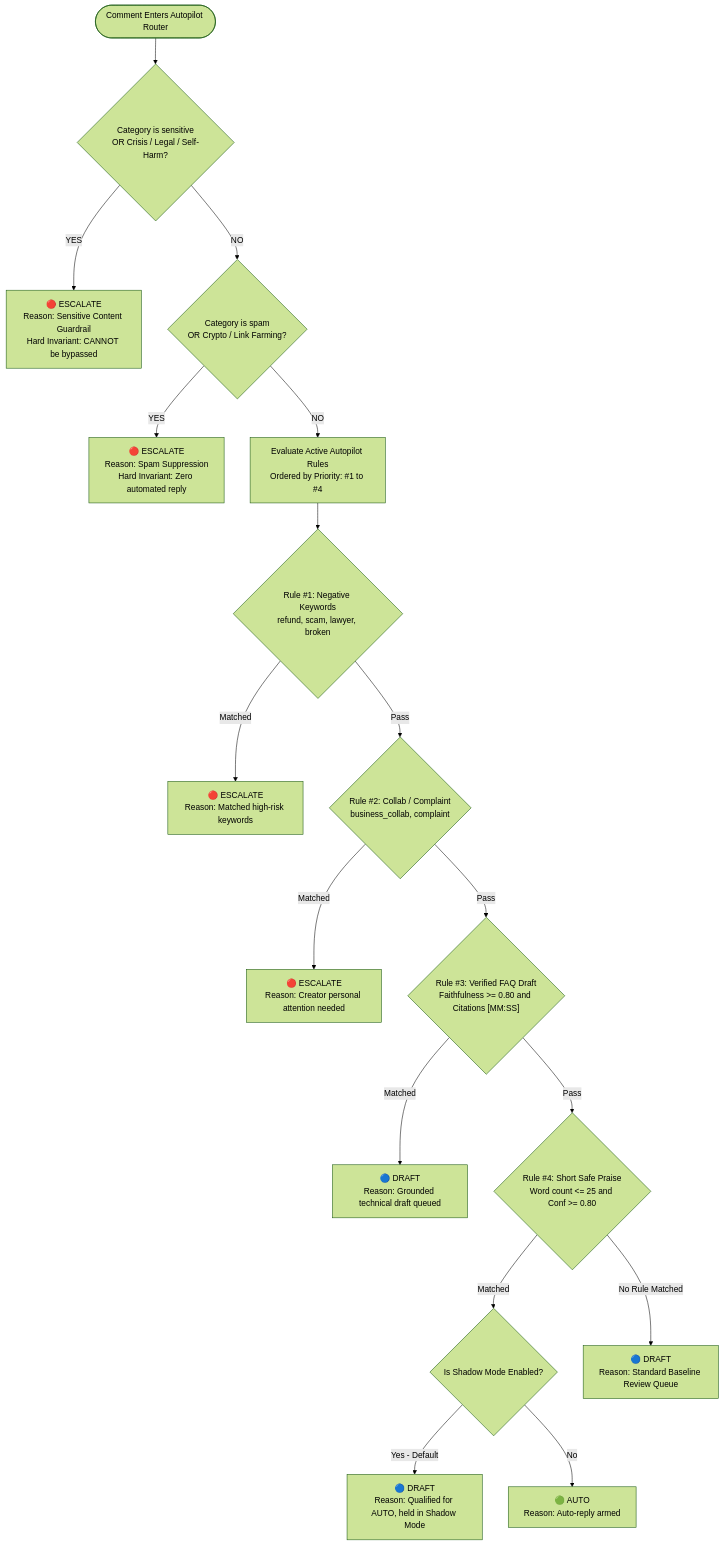
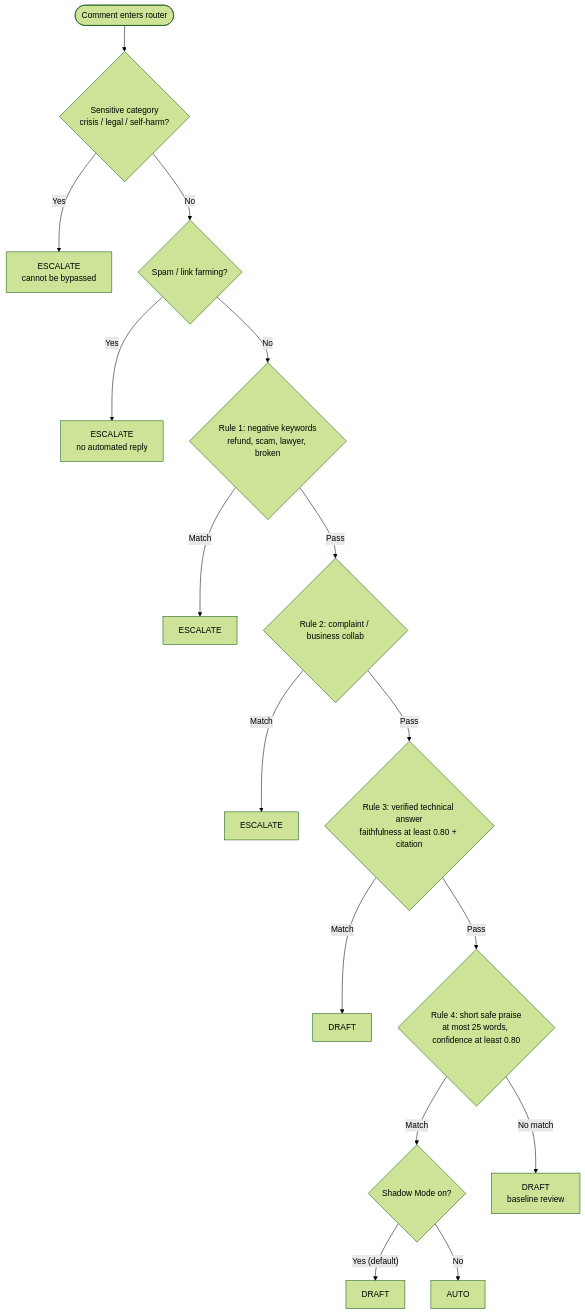
The second of 2 diagrams in README.md (Vixhal17/CommentIQ), drawn with Mermaid (forest theme) before and after one commit. The commit also changed other lines of this file, not shown here.

````diff
--- a/README.md
+++ b/README.md
@@ -99,28 +110,18 @@
 ```mermaid
 flowchart TD
-    START(["Comment Enters Autopilot Router"]) --> SENSITIVE{"Category is sensitive<br/>OR Crisis / Legal / Self-Harm?"}
-    
-    SENSITIVE -->|"YES"| ESC_SENS["🔴 ESCALATE<br/>Reason: Sensitive Content Guardrail<br/>Hard Invariant: CANNOT be bypassed"]
-    
-    SENSITIVE -->|"NO"| SPAM{"Category is spam<br/>OR Crypto / Link Farming?"}
-    
-    SPAM -->|"YES"| ESC_SPAM["🔴 ESCALATE<br/>Reason: Spam Suppression<br/>Hard Invariant: Zero automated reply"]
-    
-    SPAM -->|"NO"| RULES["Evaluate Active Autopilot Rules<br/>Ordered by Priority: #1 to #4"]
-    
-    RULES --> R1{"Rule #1: Negative Keywords<br/>refund, scam, lawyer, broken"}
-    R1 -->|"Matched"| ESC_NEG["🔴 ESCALATE<br/>Reason: Matched high-risk keywords"]
-    
-    R1 -->|"Pass"| R2{"Rule #2: Collab / Complaint<br/>business_collab, complaint"}
-    R2 -->|"Matched"| ESC_COLLAB["🔴 ESCALATE<br/>Reason: Creator personal attention needed"]
-    
-    R2 -->|"Pass"| R3{"Rule #3: Verified FAQ Draft<br/>Faithfulness >= 0.80 and Citations [MM:SS]"}
-    R3 -->|"Matched"| DRAFT_FAQ["🔵 DRAFT<br/>Reason: Grounded technical draft queued"]
-    
-    R3 -->|"Pass"| R4{"Rule #4: Short Safe Praise<br/>Word count &lt;= 25 and Conf >= 0.80"}
-    R4 -->|"Matched"| AUTO_CHECK{"Is Shadow Mode Enabled?"}
-    AUTO_CHECK -->|"Yes - Default"| DRAFT_SHADOW["🔵 DRAFT<br/>Reason: Qualified for AUTO, held in Shadow Mode"]
-    AUTO_CHECK -->|"No"| AUTO_PUB["🟢 AUTO<br/>Reason: Auto-reply armed"]
-    
-    R4 -->|"No Rule Matched"| FALLBACK["🔵 DRAFT<br/>Reason: Standard Baseline Review Queue"]
+    START(["Comment enters router"]) --> SENSITIVE{"Sensitive category<br/>crisis / legal / self-harm?"}
+    SENSITIVE -->|"Yes"| ESC1["ESCALATE<br/>cannot be bypassed"]
+    SENSITIVE -->|"No"| SPAM{"Spam / link farming?"}
+    SPAM -->|"Yes"| ESC2["ESCALATE<br/>no automated reply"]
+    SPAM -->|"No"| R1{"Rule 1: negative keywords<br/>refund, scam, lawyer, broken"}
+    R1 -->|"Match"| ESC3["ESCALATE"]
+    R1 -->|"Pass"| R2{"Rule 2: complaint / business collab"}
+    R2 -->|"Match"| ESC4["ESCALATE"]
+    R2 -->|"Pass"| R3{"Rule 3: verified technical answer<br/>faithfulness at least 0.80 + citation"}
+    R3 -->|"Match"| D1["DRAFT"]
+    R3 -->|"Pass"| R4{"Rule 4: short safe praise<br/>at most 25 words, confidence at least 0.80"}
+    R4 -->|"Match"| SM{"Shadow Mode on?"}
+    SM -->|"Yes (default)"| D2["DRAFT"]
+    SM -->|"No"| AUTO["AUTO"]
+    R4 -->|"No match"| D3["DRAFT<br/>baseline review"]
 ```
````
